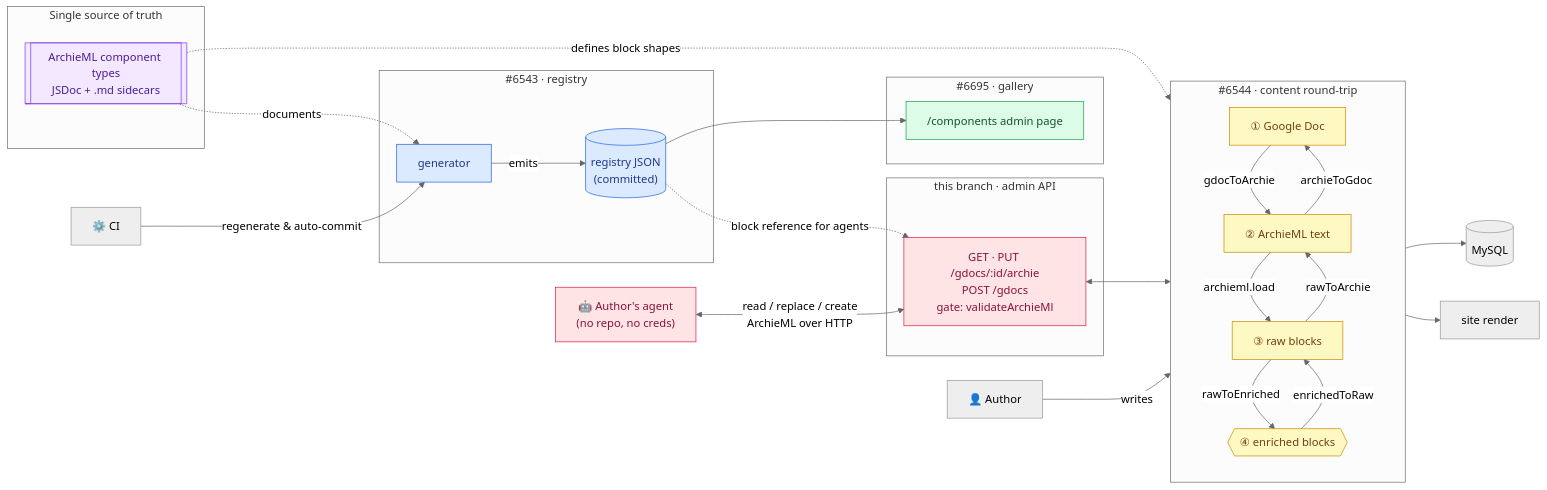
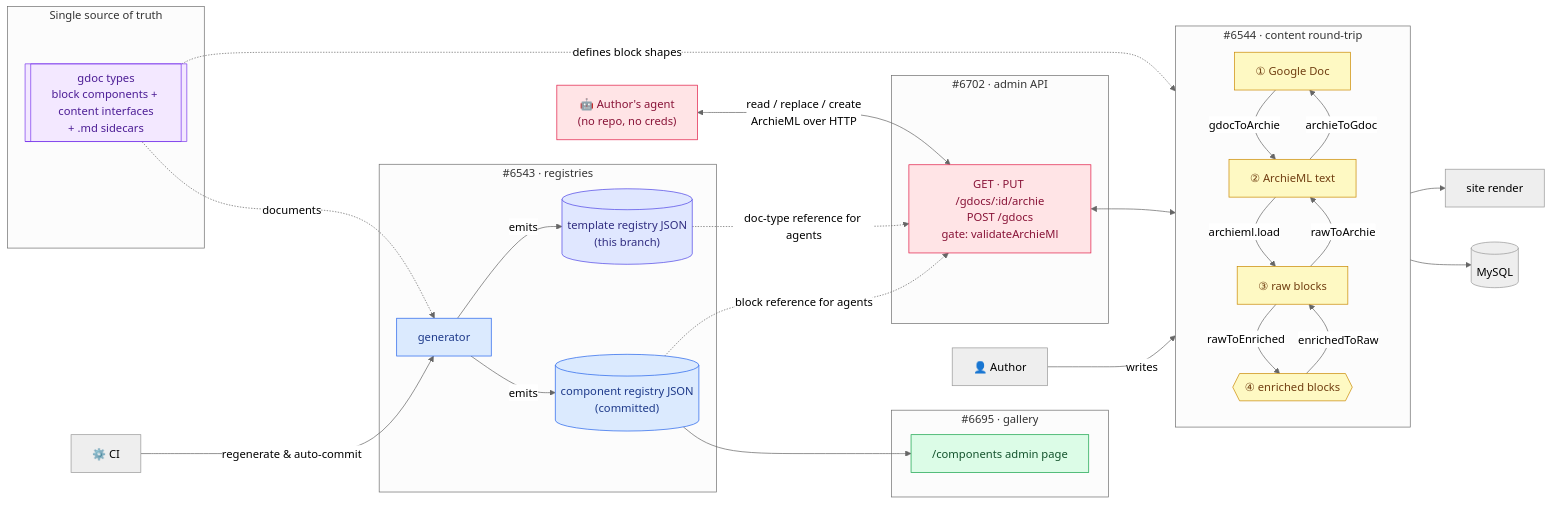
The first of 3 diagrams in docs/gdocs-agent-cms.md (owid/owid-grapher), drawn with Mermaid (neutral theme) before and after one commit. The commit also changed other lines of this file and 2 other files, not shown here.

First line of the commit message:
🎉 🤖 serve the gdoc template registry at /admin/api/templates.json

````diff
--- a/docs/gdocs-agent-cms.md
+++ b/docs/gdocs-agent-cms.md
@@ -21,62 +23,66 @@
 ```mermaid
 flowchart LR
     Author["👤 Author"] -->|writes| GDoc
     Agent["🤖 Author's agent<br/>(no repo, no creds)"]
     CI["⚙️ CI"] -->|"regenerate & auto-commit"| Gen
 
     subgraph SPINE["Single source of truth"]
-        Types[["ArchieML component types<br/>JSDoc + .md sidecars"]]
+        Types[["gdoc types<br/>block components + content interfaces<br/>+ .md sidecars"]]
     end
 
-    subgraph BUILD["#6543 · registry"]
-        Gen["generator"] -->|emits| Reg[("registry JSON<br/>(committed)")]
+    subgraph BUILD["#6543 · registries"]
+        Gen["generator"] -->|emits| Reg[("component registry JSON<br/>(committed)")]
+        Gen -->|emits| Tpl[("template registry JSON<br/>(this branch)")]
     end
 
     subgraph GALLERY["#6695 · gallery"]
         Page["/components admin page"]
     end
 
-    subgraph API["this branch · admin API"]
+    subgraph API["#6702 · admin API"]
         Routes["GET · PUT /gdocs/:id/archie<br/>POST /gdocs<br/>gate: validateArchieMl"]
     end
 
     subgraph PIPE["#6544 · content round-trip"]
         direction TB
         GDoc["① Google Doc"]
         Archie["② ArchieML text"]
         Raw["③ raw blocks"]
         Enr{{"④ enriched blocks"}}
     end
 
     DB[("MySQL")]
     Site["site render"]
 
     %% down = ingest
     GDoc -->|gdocToArchie| Archie
     Archie -->|archieml.load| Raw
     Raw -->|rawToEnriched| Enr
     %% up = write-back
     Enr -->|enrichedToRaw| Raw
     Raw -->|rawToArchie| Archie
     Archie -->|archieToGdoc| GDoc
 
     Agent <-->|"read / replace / create<br/>ArchieML over HTTP"| Routes
     Routes <--> Archie
     Types -.->|documents| Gen
     Types -.->|"defines block shapes"| Enr
     Reg --> Page
     Reg -.->|"block reference for agents"| Routes
+    Tpl -.->|"doc-type reference for agents"| Routes
     Enr --> DB
     Enr --> Site
 
     classDef spine fill:#f3e8ff,stroke:#7c3aed,color:#4c1d95;
     classDef pr6543 fill:#dbeafe,stroke:#2563eb,color:#1e3a8a;
     classDef pr6695 fill:#dcfce7,stroke:#16a34a,color:#14532d;
     classDef pr6544 fill:#fef9c3,stroke:#ca8a04,color:#713f12;
     classDef prapi fill:#ffe4e6,stroke:#e11d48,color:#881337;
+    classDef prtpl fill:#e0e7ff,stroke:#4f46e5,color:#312e81;
     class Types spine;
     class Gen,Reg pr6543;
+    class Tpl prtpl;
     class Page pr6695;
     class GDoc,Archie,Raw,Enr pr6544;
     class Routes,Agent prapi;
 ```
````
